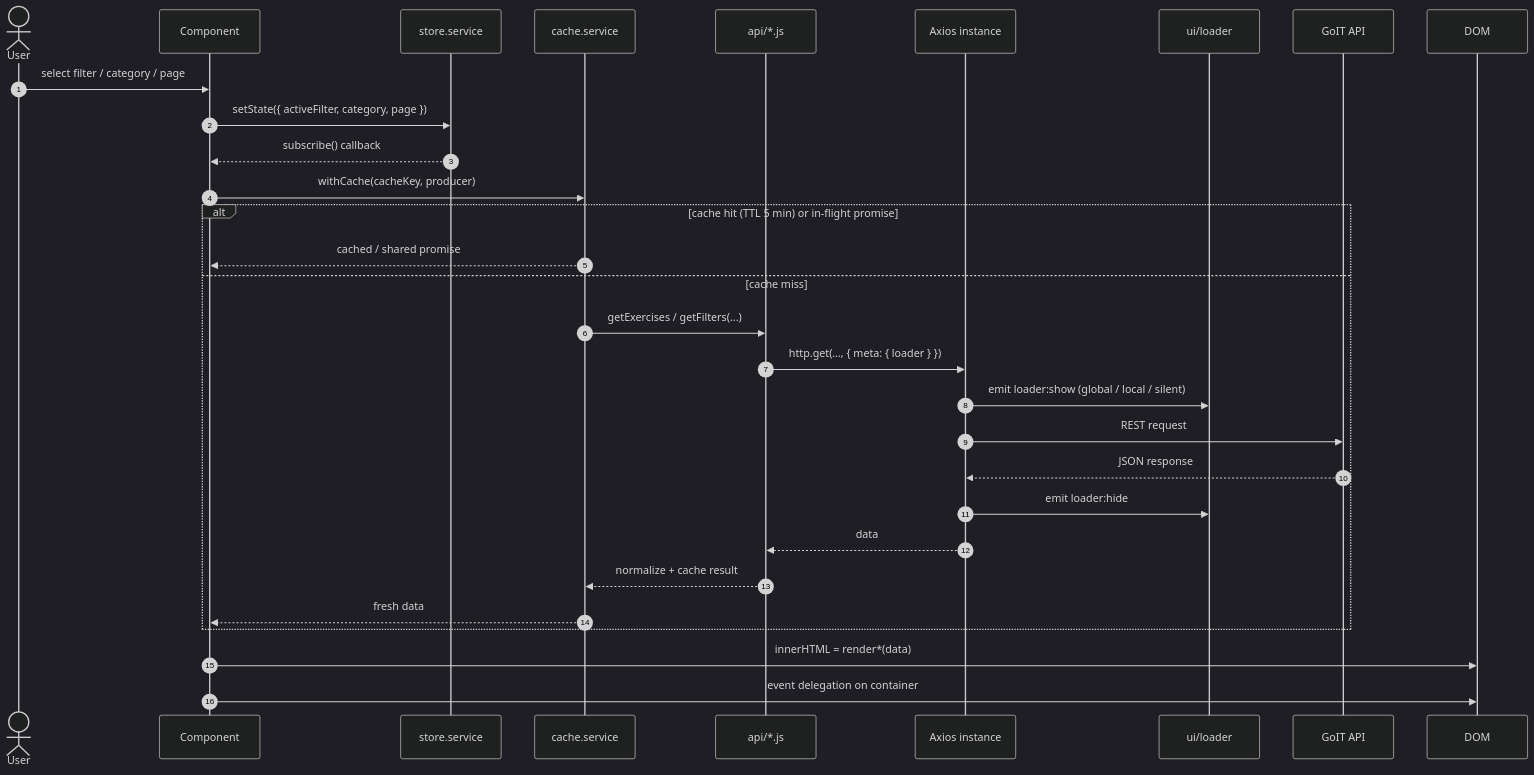
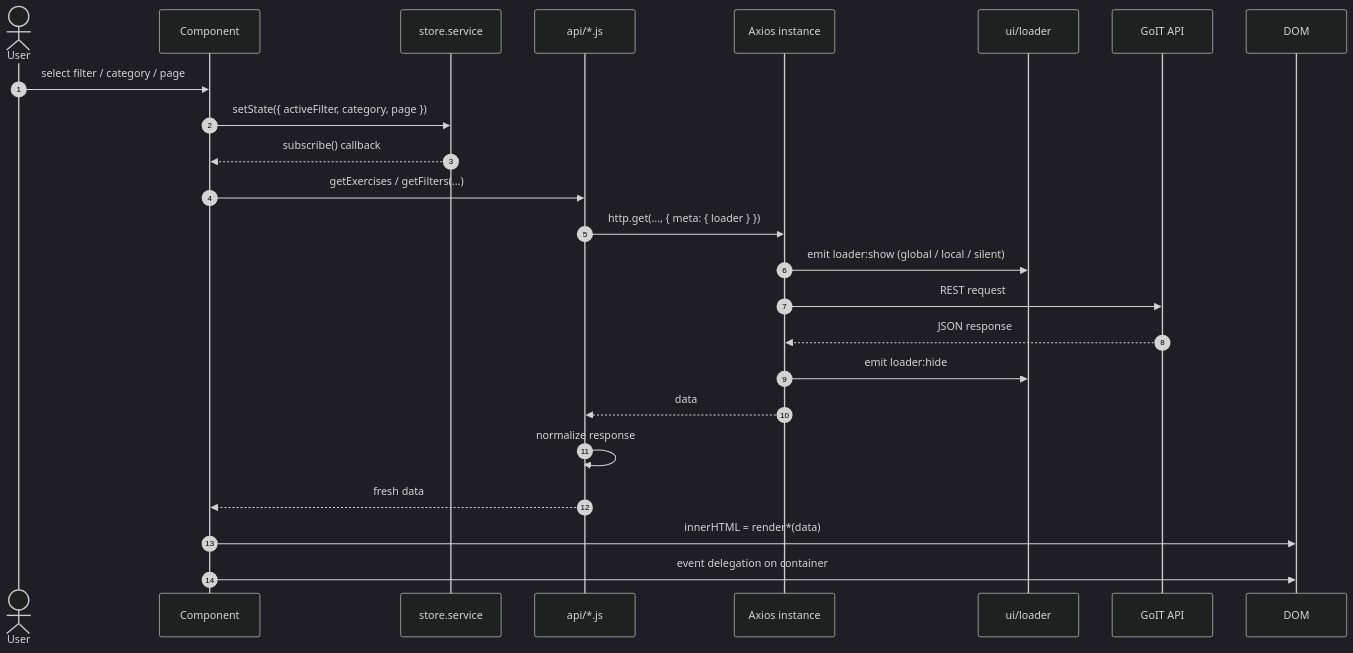
Before and after one commit to OneThousandEyes/go-fit: the third of 3 diagrams in README.md, drawn with Mermaid (dark theme). The commit also changed other lines of this file and 3 other files, not shown here.

First line of the commit message:
refactor(README): update documentation and remove cache service references

````diff
--- a/README.md
+++ b/README.md
@@ -229,33 +227,27 @@
 ```mermaid
 sequenceDiagram
   autonumber
   actor User
   participant UI as Component
   participant Store as store.service
-  participant Cache as cache.service
   participant API as api/*.js
   participant HTTP as Axios instance
   participant Loader as ui/loader
   participant Backend as GoIT API
   participant DOM as DOM
 
   User->>UI: select filter / category / page
   UI->>Store: setState({ activeFilter, category, page })
   Store-->>UI: subscribe() callback
-  UI->>Cache: withCache(cacheKey, producer)
-  alt cache hit (TTL 5 min) or in-flight promise
-    Cache-->>UI: cached / shared promise
-  else cache miss
-    Cache->>API: getExercises / getFilters(...)
-    API->>HTTP: http.get(…, { meta: { loader } })
-    HTTP->>Loader: emit loader:show (global / local / silent)
-    HTTP->>Backend: REST request
-    Backend-->>HTTP: JSON response
-    HTTP->>Loader: emit loader:hide
-    HTTP-->>API: data
-    API-->>Cache: normalize + cache result
-    Cache-->>UI: fresh data
-  end
+  UI->>API: getExercises / getFilters(...)
+  API->>HTTP: http.get(…, { meta: { loader } })
+  HTTP->>Loader: emit loader:show (global / local / silent)
+  HTTP->>Backend: REST request
+  Backend-->>HTTP: JSON response
+  HTTP->>Loader: emit loader:hide
+  HTTP-->>API: data
+  API->>API: normalize response
+  API-->>UI: fresh data
   UI->>DOM: innerHTML = render*(data)
   UI->>DOM: event delegation on container
 ```
````
